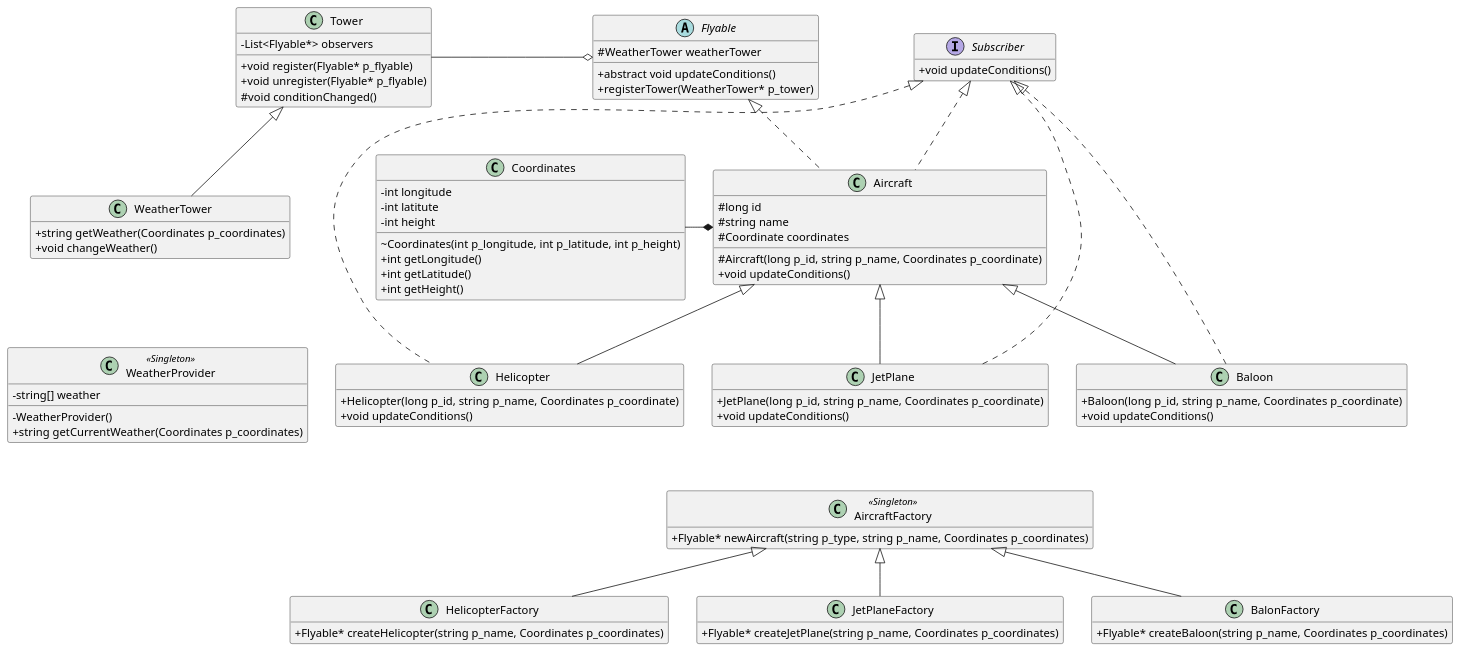
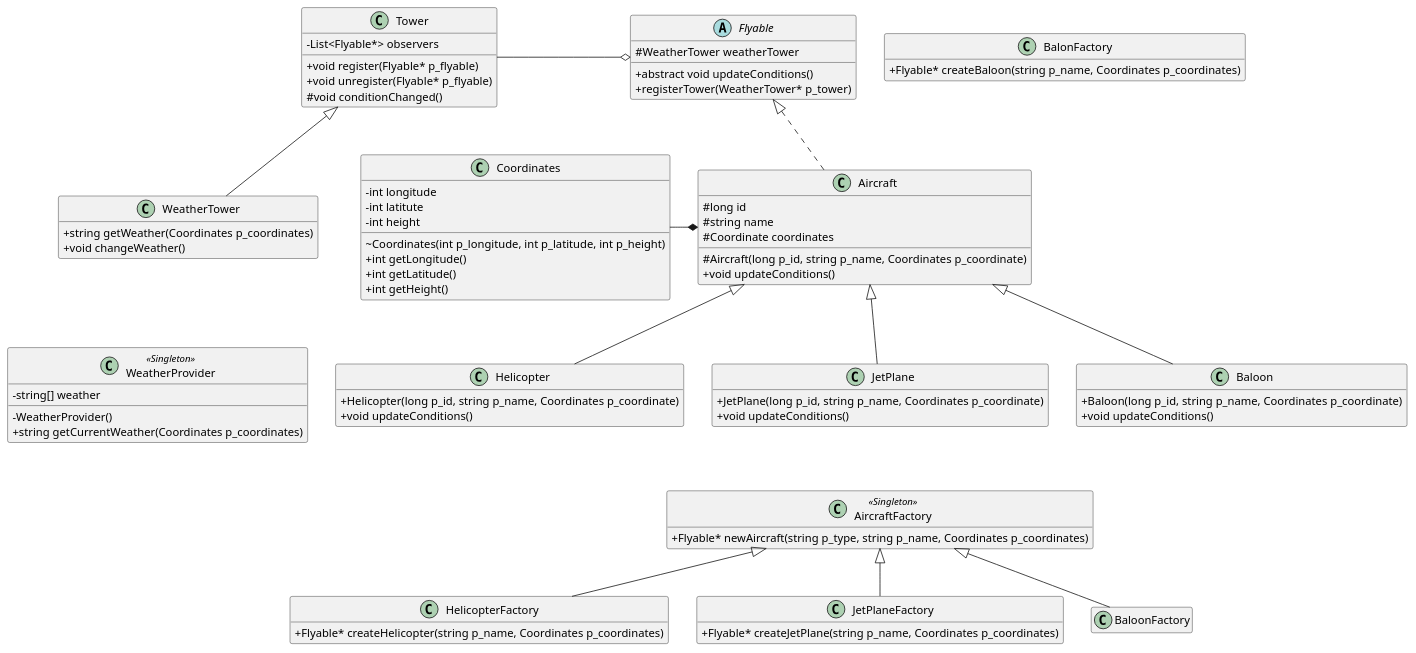
Before and after one commit to eprei/42_avaj-launcher: the diagram in 01_subject/myUml.puml, drawn with PlantUML.

```diff
--- a/01_subject/myUml.puml
+++ b/01_subject/myUml.puml
@@ -1,113 +1,104 @@
 @startuml
 skinparam classAttributeIconSize 0
 hide empty members
 class Tower
 {
 - List<Flyable*> observers
 +void register(Flyable* p_flyable)
 +void unregister(Flyable* p_flyable)
 #void conditionChanged()
 }
 
 class WeatherTower
 {
 +string getWeather(Coordinates p_coordinates)
 +void changeWeather()
 }
 
 class WeatherProvider <<Singleton>>
 {
 -string[] weather
 -WeatherProvider()
 +string getCurrentWeather(Coordinates p_coordinates)
 }
 
 class Coordinates
 {
 -int longitude
 -int latitute
 -int height
 ~Coordinates(int p_longitude, int p_latitude, int p_height)
 +int getLongitude()
 +int getLatitude()
 +int getHeight()
 }
 
 class Aircraft
 {
 #long id
 #string name
 #Coordinate coordinates
 #Aircraft(long p_id, string p_name, Coordinates p_coordinate)
 +void updateConditions()
 }
 
 abstract Flyable
 {
 #WeatherTower weatherTower
 +abstract void updateConditions()
 +registerTower(WeatherTower* p_tower)
 }
 
-interface Subscriber
-{
-+void updateConditions()
-}
-
 class Helicopter
 {
 +Helicopter(long p_id, string p_name, Coordinates p_coordinate)
 +void updateConditions()
 }
 
 class JetPlane
 {
 +JetPlane(long p_id, string p_name, Coordinates p_coordinate)
 +void updateConditions()
 }
 
 class Baloon
 {
 +Baloon(long p_id, string p_name, Coordinates p_coordinate)
 +void updateConditions()
 }
 
 class AircraftFactory <<Singleton>>
 {
 +Flyable* newAircraft(string p_type, string p_name, Coordinates p_coordinates)
 }
 
 class HelicopterFactory
 {
 +Flyable* createHelicopter(string p_name, Coordinates p_coordinates)
 }
 
 class JetPlaneFactory
 {
 +Flyable* createJetPlane(string p_name, Coordinates p_coordinates)
 }
 
 class BalonFactory
 {
 +Flyable* createBaloon(string p_name, Coordinates p_coordinates)
 }
 
 Tower <|-- WeatherTower
 Tower -o Flyable
 Coordinates -* Aircraft
 Flyable <|.. Aircraft
 Aircraft <|-- Helicopter
 Aircraft <|-- JetPlane
 Aircraft <|-- Baloon
-Subscriber <|.. Aircraft
-Subscriber <|.. Helicopter
-Subscriber <|.. JetPlane
-Subscriber <|.. Baloon
 AircraftFactory <|-- HelicopterFactory
 AircraftFactory <|-- JetPlaneFactory
-AircraftFactory <|-- BalonFactory
+AircraftFactory <|-- BaloonFactory
 
 JetPlane -[hidden]- AircraftFactory
 WeatherTower -[hidden]- WeatherProvider
 
 @enduml
```
